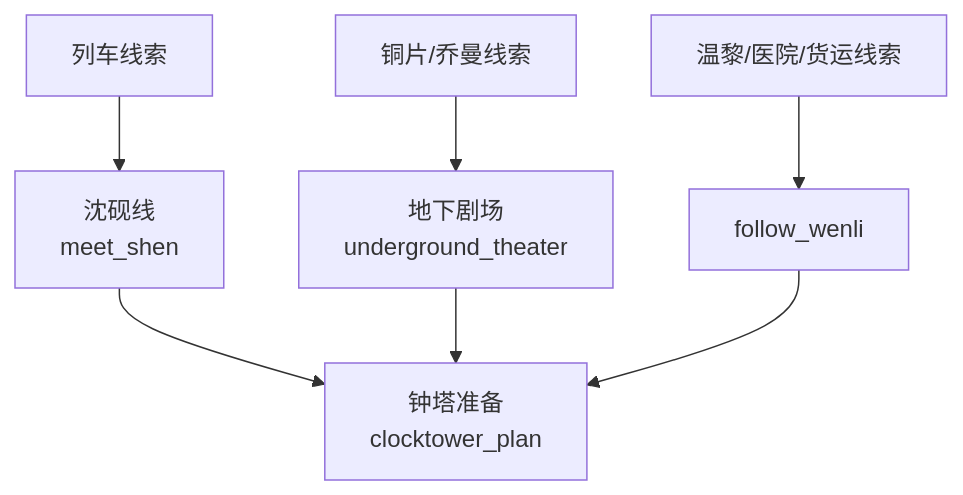
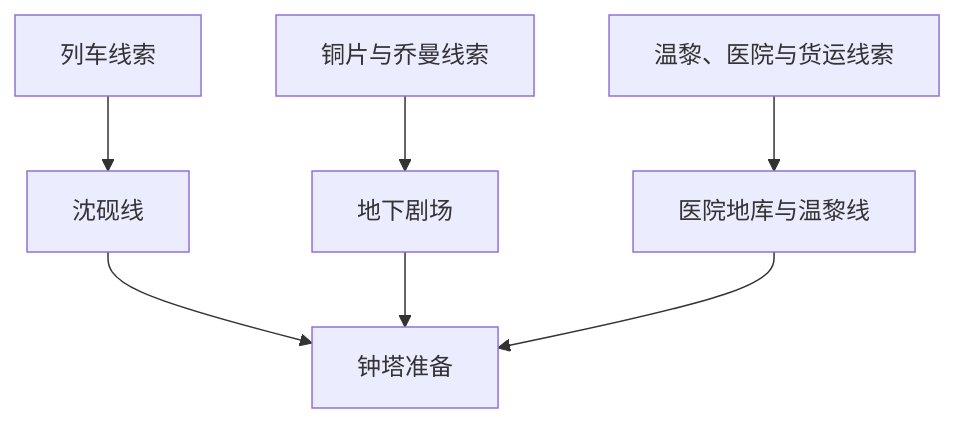
The third of 6 diagrams in 剧情流程图.md (adcssa/game), drawn with Mermaid before and after one commit. The commit also changed other lines of this file, not shown here.

Commit message:
Localize flowchart labels to Chinese

````diff
--- a/剧情流程图.md
+++ b/剧情流程图.md
@@ -96,9 +96,9 @@
 ```mermaid
 flowchart TD
-    A1["列车线索"] --> B1["沈砚线<br/>meet_shen"]
-    A2["铜片/乔曼线索"] --> B2["地下剧场<br/>underground_theater"]
-    A3["温黎/医院/货运线索"] --> B3["follow_wenli"]
-    B1 --> C["钟塔准备<br/>clocktower_plan"]
+    A1["列车线索"] --> B1["沈砚线"]
+    A2["铜片与乔曼线索"] --> B2["地下剧场"]
+    A3["温黎、医院与货运线索"] --> B3["医院地库与温黎线"]
+    B1 --> C["钟塔准备"]
     B2 --> C
     B3 --> C
 ```
````
